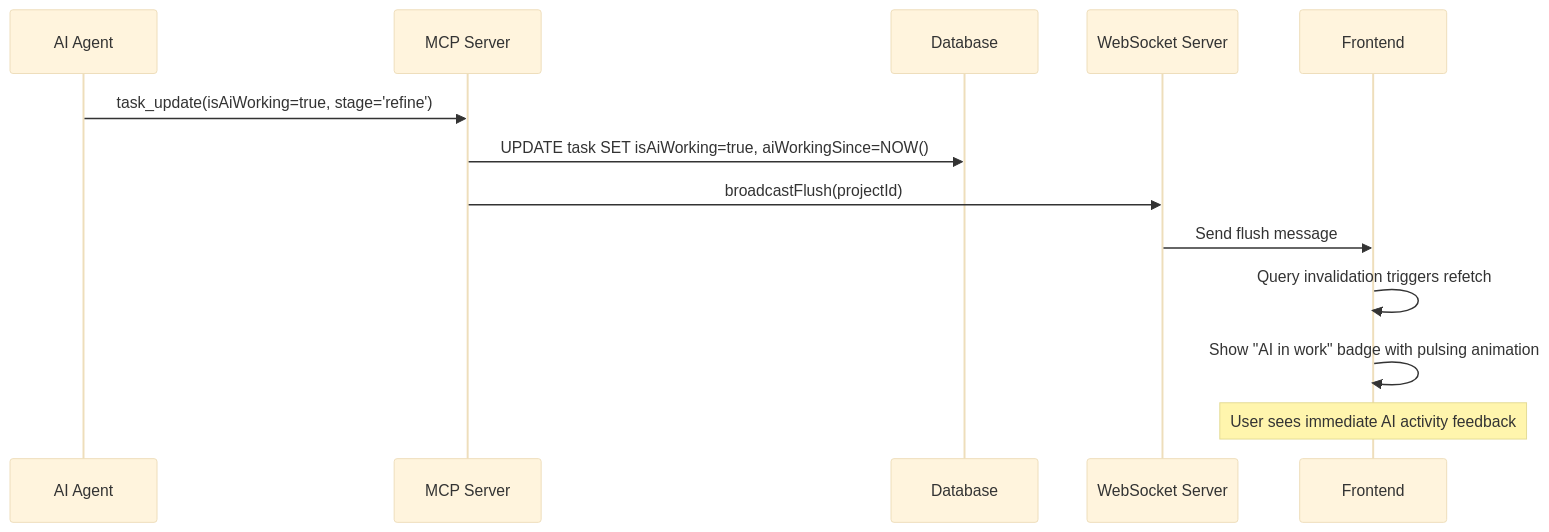
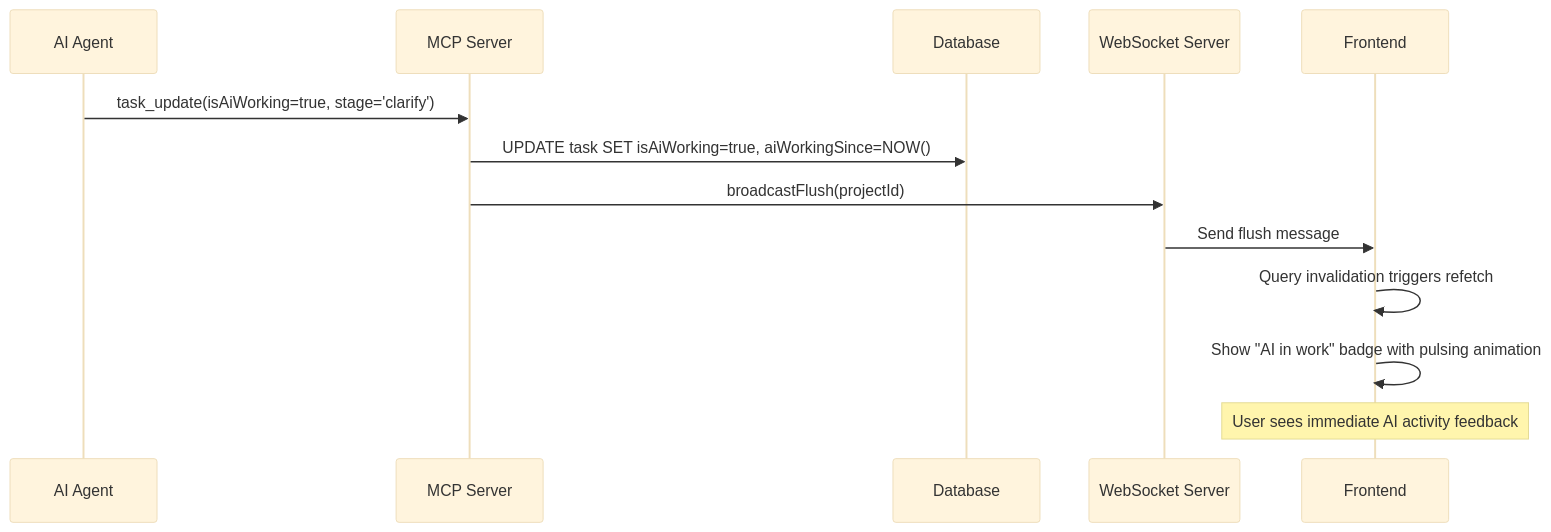
The fourth of 5 diagrams in docs/feature-flows/realtime-features.md (ivawzh/v0-bun-hono-tanstack-router), drawn with Mermaid (base theme) before and after one commit. The commit also changed other lines of this file and 32 other files, not shown here.

````diff
--- a/docs/feature-flows/realtime-features.md
+++ b/docs/feature-flows/realtime-features.md
@@ -99,17 +99,17 @@
 ```mermaid
 sequenceDiagram
     participant AI as AI Agent
     participant MCP as MCP Server
     participant DB as Database
     participant WS as WebSocket Server
     participant UI as Frontend
-    
-    AI->>MCP: task_update(isAiWorking=true, stage='refine')
+
+    AI->>MCP: task_update(isAiWorking=true, stage='clarify')
     MCP->>DB: UPDATE task SET isAiWorking=true, aiWorkingSince=NOW()
     MCP->>WS: broadcastFlush(projectId)
     WS->>UI: Send flush message
     UI->>UI: Query invalidation triggers refetch
     UI->>UI: Show "AI in work" badge with pulsing animation
-    
+
     Note over UI: User sees immediate AI activity feedback
 ```
````
